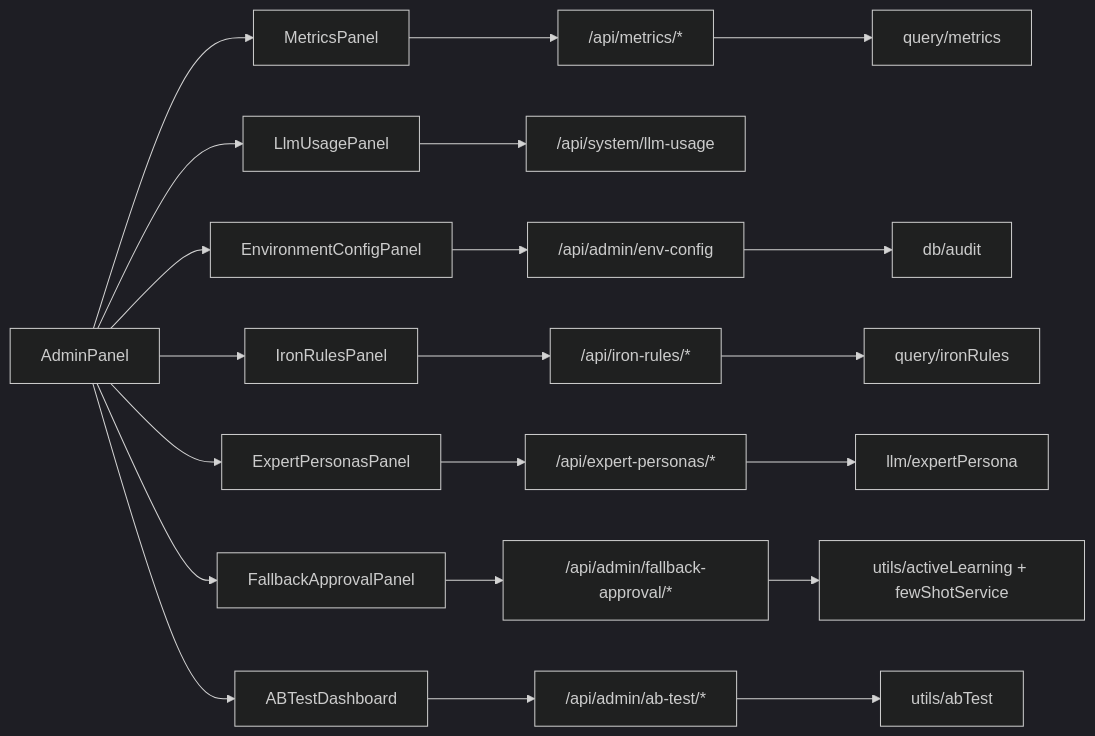
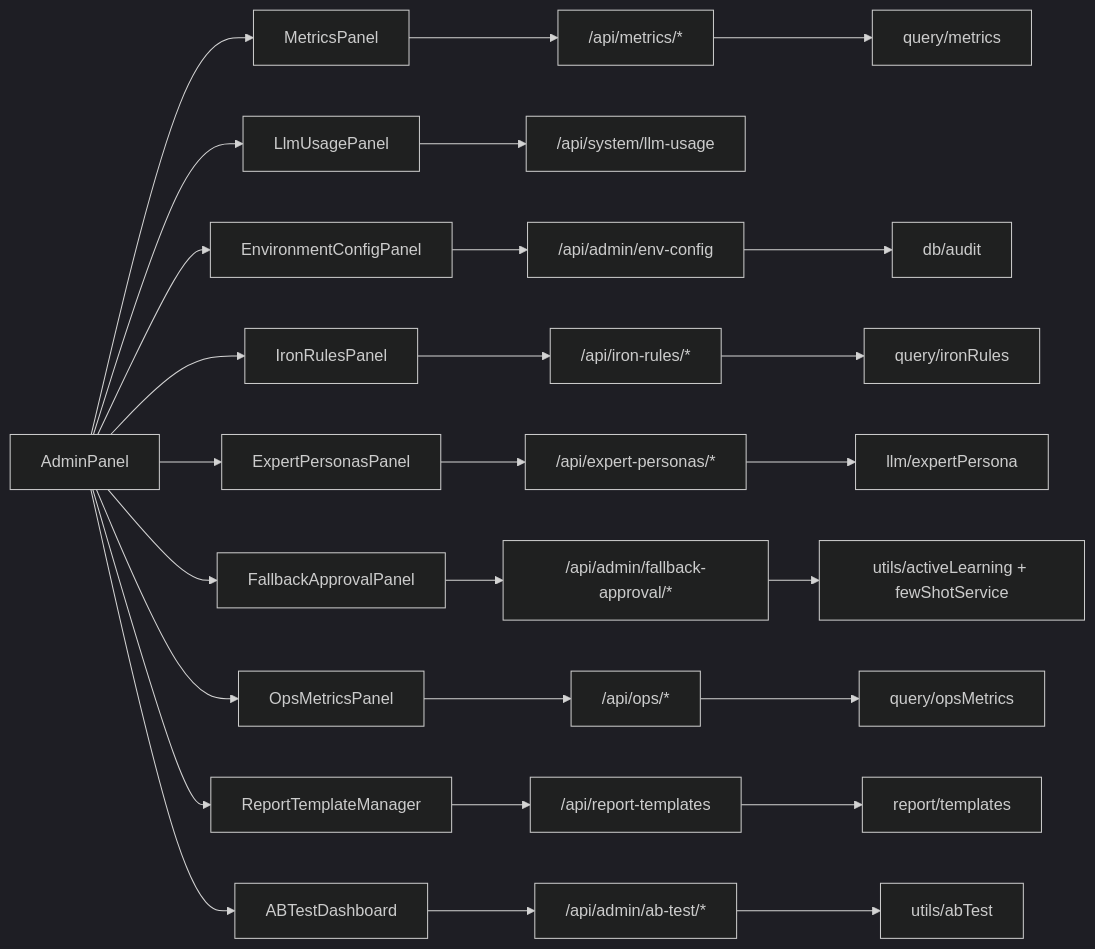
One commit to dgjin/smart-data-analytics changed diagram 13 of 13 in .qoder/repowiki/zh/content/前端应用/核心组件库/管理面板组件.md. Above: the diagram before and after it, drawn with Mermaid (dark theme). The commit also changed other lines of this file and 100 other files, not shown here.

````diff
--- a/.qoder/repowiki/zh/content/前端应用/核心组件库/管理面板组件.md
+++ b/.qoder/repowiki/zh/content/前端应用/核心组件库/管理面板组件.md
@@ -486,23 +581,29 @@
 ```mermaid
 graph LR
 FE_Admin["AdminPanel"] --> FE_Metrics["MetricsPanel"]
 FE_Admin --> FE_Usage["LlmUsagePanel"]
 FE_Admin --> Fe_Env["EnvironmentConfigPanel"]
 FE_Admin --> Fe_Iron["IronRulesPanel"]
 FE_Admin --> Fe_Persona["ExpertPersonasPanel"]
 FE_Admin --> Fe_Fallback["FallbackApprovalPanel"]
+FE_Admin --> Fe_Ops["OpsMetricsPanel"]
+FE_Admin --> Fe_Templates["ReportTemplateManager"]
 FE_Admin --> Fe_ABTest["ABTestDashboard"]
 FE_Metrics --> BE_Metrics["/api/metrics/*"]
 FE_Usage --> BE_Query["/api/system/llm-usage"]
 Fe_Env --> BE_Admin["/api/admin/env-config"]
 Fe_Iron --> BE_Iron["/api/iron-rules/*"]
 Fe_Persona --> BE_Persona["/api/expert-personas/*"]
 Fe_Fallback --> BE_Fallback["/api/admin/fallback-approval/*"]
+Fe_Ops --> BE_Ops["/api/ops/*"]
+Fe_Templates --> BE_Templates["/api/report-templates"]
 Fe_ABTest --> BE_ABTest["/api/admin/ab-test/*"]
 BE_Metrics --> Service_Metrics["query/metrics"]
 BE_Iron --> Service_Iron["query/ironRules"]
 BE_Persona --> Service_Persona["llm/expertPersona"]
 BE_Admin --> Service_Admin["db/audit"]
 BE_Fallback --> Service_Fallback["utils/activeLearning + fewShotService"]
+BE_Ops --> Service_Ops["query/opsMetrics"]
+BE_Templates --> Service_Templates["report/templates"]
 BE_ABTest --> Service_ABTest["utils/abTest"]
 ```
````
